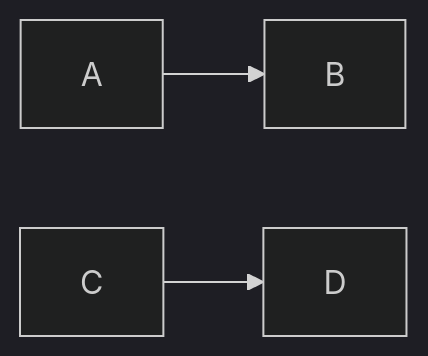
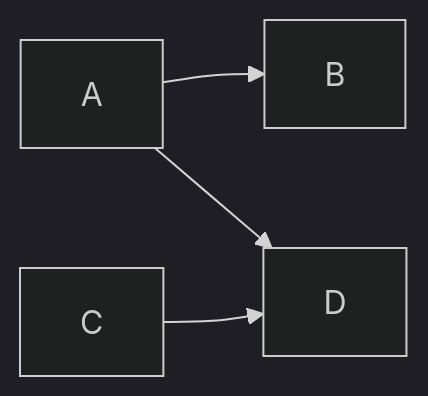
Before and after one commit to Alex-Rafter/wiki: the diagram in daily/2023-04-23.md, drawn with Mermaid (dark theme).

````diff
--- a/daily/2023-04-23.md
+++ b/daily/2023-04-23.md
@@ -5,6 +5,6 @@
 ```mermaid
 graph LR;
     A-->B;
     C-->D;
-
+    A-->D
 ```
````
